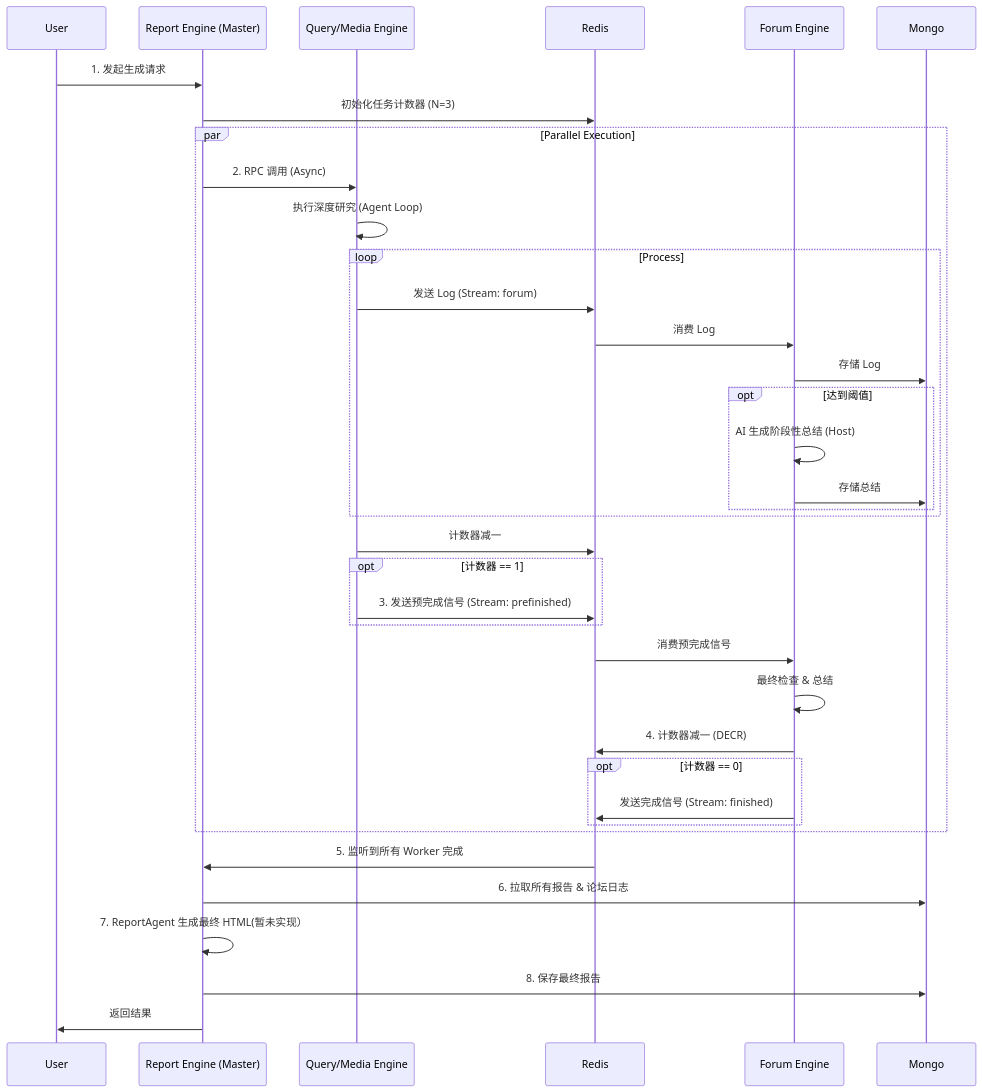
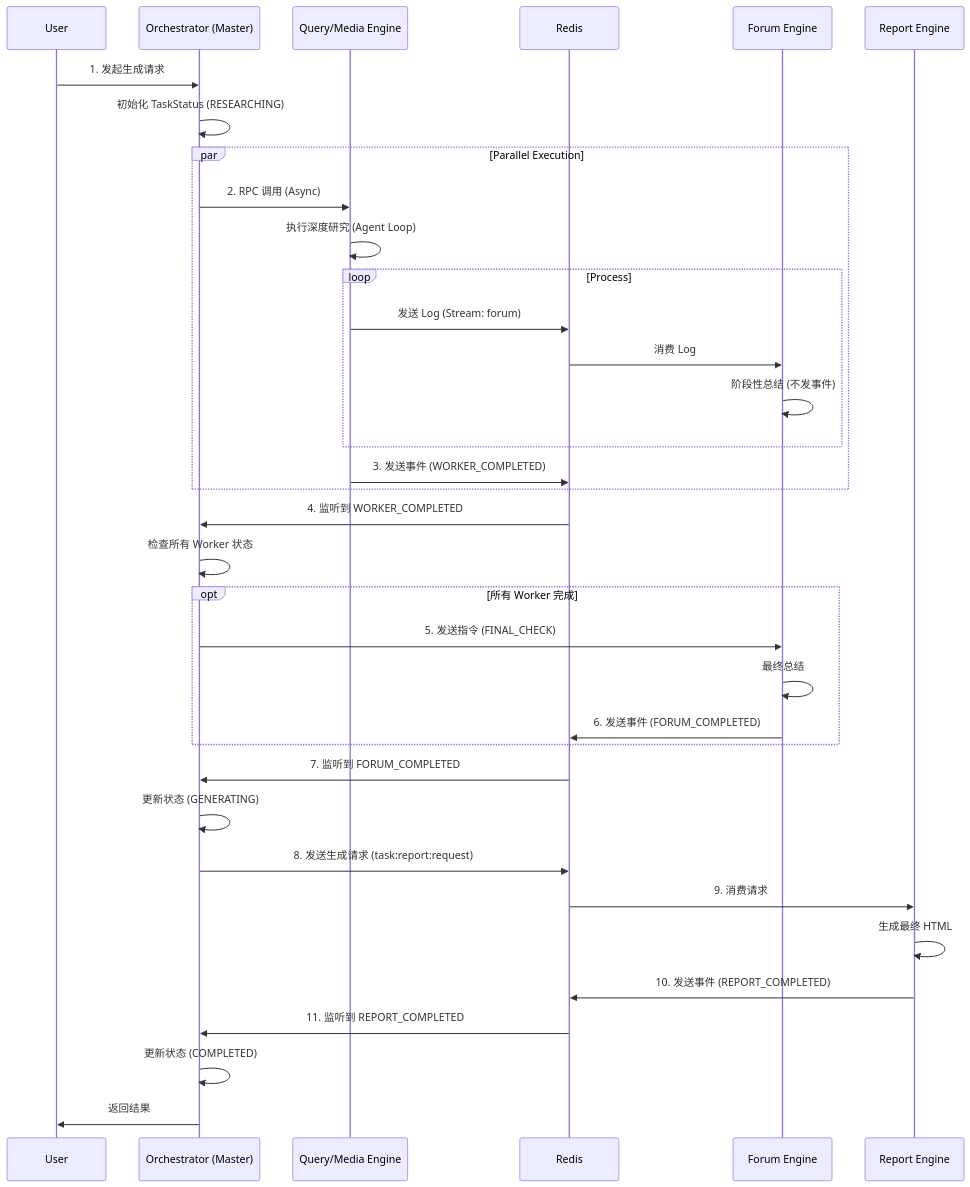
The diagram in README.md (Vanzeren/souyu), drawn with Mermaid before and after one commit. The commit also changed other lines of this file and 14 other files, not shown here.

````diff
--- a/README.md
+++ b/README.md
@@ -19,43 +20,43 @@
 ```mermaid
 sequenceDiagram
     participant User
-    participant RE as Report Engine (Master)
+    participant Orch as Orchestrator (Master)
     participant Worker as Query/Media Engine
     participant Redis
     participant FE as Forum Engine
-    participant Mongo
+    participant RE as Report Engine
 
-    User->>RE: 1. 发起生成请求
-    RE->>Redis: 初始化任务计数器 (N=3)
+    User->>Orch: 1. 发起生成请求
+    Orch->>Orch: 初始化 TaskStatus (RESEARCHING)
     
     par Parallel Execution
-        RE->>Worker: 2. RPC 调用 (Async)
+        Orch->>Worker: 2. RPC 调用 (Async)
         Worker->>Worker: 执行深度研究 (Agent Loop)
         loop Process
             Worker->>Redis: 发送 Log (Stream: forum)
             Redis->>FE: 消费 Log
-            FE->>Mongo: 存储 Log
-            opt 达到阈值
-                FE->>FE: AI 生成阶段性总结 (Host)
-                FE->>Mongo: 存储总结
-            end
+            FE->>FE: 阶段性总结 (不发事件)
         end
         
-            Worker->>Redis: 计数器减一
-        opt 计数器 == 1
-            Worker->>Redis: 3. 发送预完成信号 (Stream: prefinished)
-        end        
-        Redis->>FE: 消费预完成信号
-        FE->>FE: 最终检查 & 总结
-        FE->>Redis: 4. 计数器减一 (DECR)
-        opt 计数器 == 0
-            FE->>Redis: 发送完成信号 (Stream: finished)
-        end
+        Worker->>Redis: 3. 发送事件 (WORKER_COMPLETED)
     end
 
-    Redis->>RE: 5. 监听到所有 Worker 完成
-    RE->>Mongo: 6. 拉取所有报告 & 论坛日志
-    RE->>RE: 7. ReportAgent 生成最终 HTML(暂未实现）
-    RE->>Mongo: 8. 保存最终报告
-    RE->>User: 返回结果
+    Redis->>Orch: 4. 监听到 WORKER_COMPLETED
+    Orch->>Orch: 检查所有 Worker 状态
+    
+    opt 所有 Worker 完成
+        Orch->>FE: 5. 发送指令 (FINAL_CHECK)
+        FE->>FE: 最终总结
+        FE->>Redis: 6. 发送事件 (FORUM_COMPLETED)
+    end
+
+    Redis->>Orch: 7. 监听到 FORUM_COMPLETED
+    Orch->>Orch: 更新状态 (GENERATING)
+    Orch->>Redis: 8. 发送生成请求 (task:report:request)
+    Redis->>RE: 9. 消费请求
+    RE->>RE: 生成最终 HTML
+    RE->>Redis: 10. 发送事件 (REPORT_COMPLETED)
+    Redis->>Orch: 11. 监听到 REPORT_COMPLETED
+    Orch->>Orch: 更新状态 (COMPLETED)
+    Orch->>User: 返回结果
 ```
````
